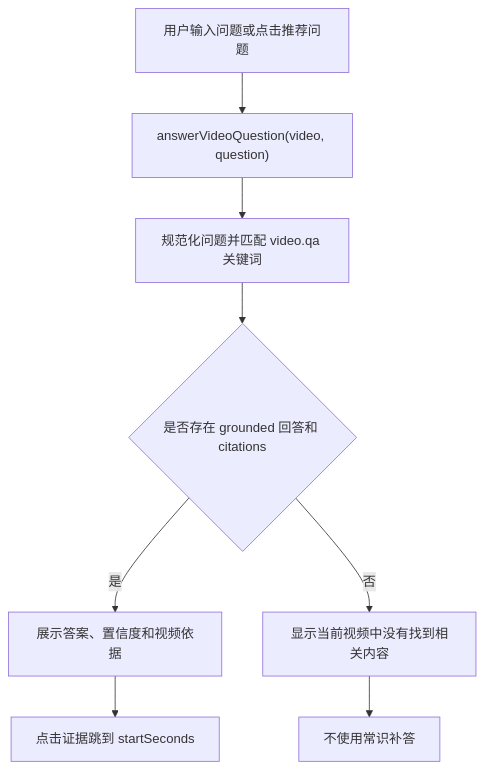
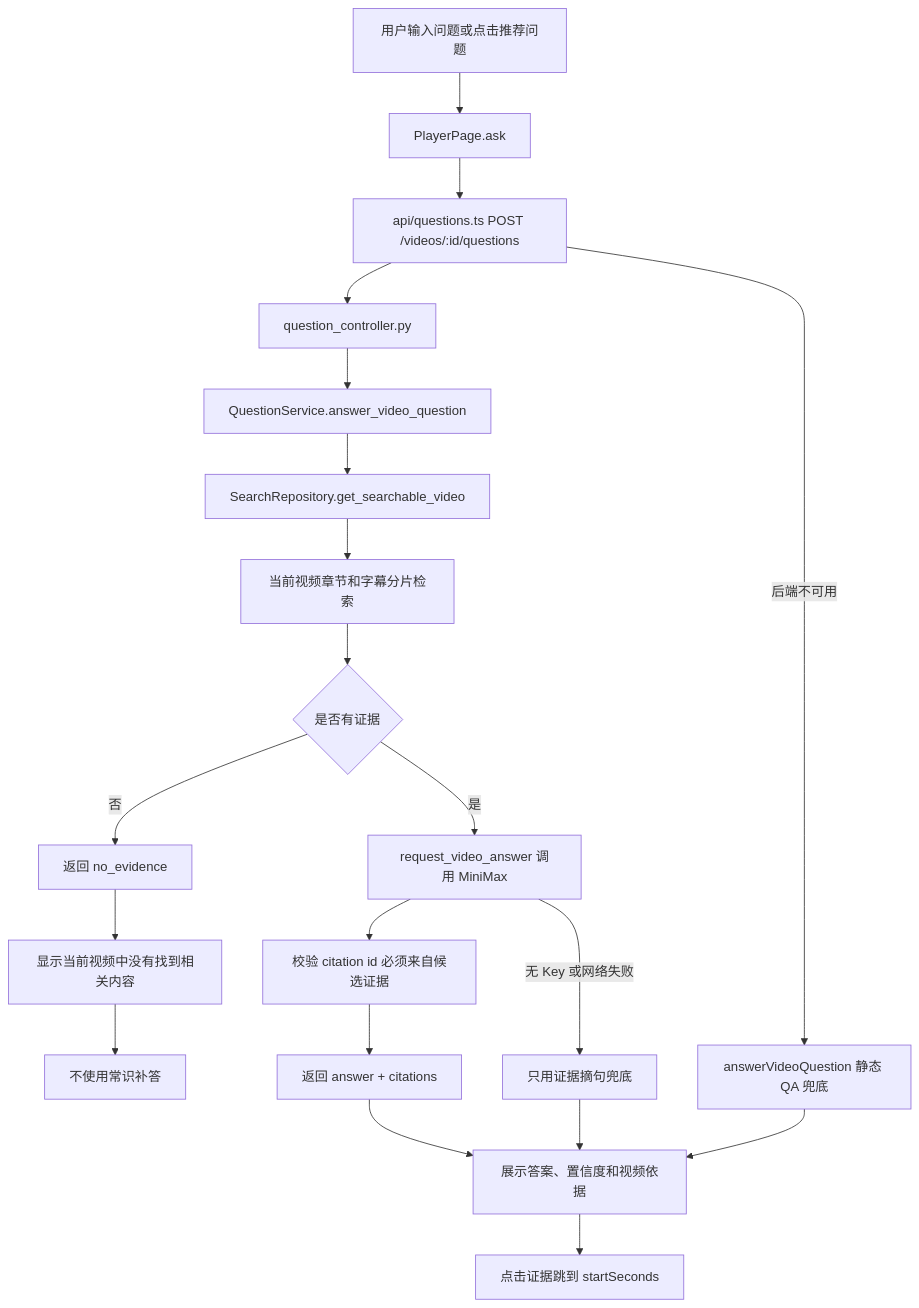
The ninth of 21 diagrams in docs/项目说明文档.md (qwe605/xunlei_ai_video), drawn with Mermaid before and after one commit. The commit also changed other lines of this file and 15 other files, not shown here.

````diff
--- a/docs/项目说明文档.md
+++ b/docs/项目说明文档.md
@@ -565,10 +570,22 @@
 ```mermaid
 flowchart TD
-    A["用户输入问题或点击推荐问题"] --> B["answerVideoQuestion(video, question)"]
-    B --> C["规范化问题并匹配 video.qa 关键词"]
-    C --> D{"是否存在 grounded 回答和 citations"}
-    D -->|是| E["展示答案、置信度和视频依据"]
-    E --> F["点击证据跳到 startSeconds"]
-    D -->|否| G["显示当前视频中没有找到相关内容"]
-    G --> H["不使用常识补答"]
+    A["用户输入问题或点击推荐问题"] --> B["PlayerPage.ask"]
+    B --> C["api/questions.ts POST /videos/:id/questions"]
+    C --> D["question_controller.py"]
+    D --> E["QuestionService.answer_video_question"]
+    E --> F["SearchRepository.get_searchable_video"]
+    F --> G["当前视频章节和字幕分片检索"]
+    G --> H{"是否有证据"}
+    H -->|否| I["返回 no_evidence"]
+    H -->|是| J["request_video_answer 调用 MiniMax"]
+    J --> K["校验 citation id 必须来自候选证据"]
+    K --> L["返回 answer + citations"]
+    J -->|无 Key 或网络失败| M["只用证据摘句兜底"]
+    C -->|后端不可用| N["answerVideoQuestion 静态 QA 兜底"]
+    L --> O["展示答案、置信度和视频依据"]
+    M --> O
+    N --> O
+    I --> P["显示当前视频中没有找到相关内容"]
+    P --> Q["不使用常识补答"]
+    O --> R["点击证据跳到 startSeconds"]
 ```
````
